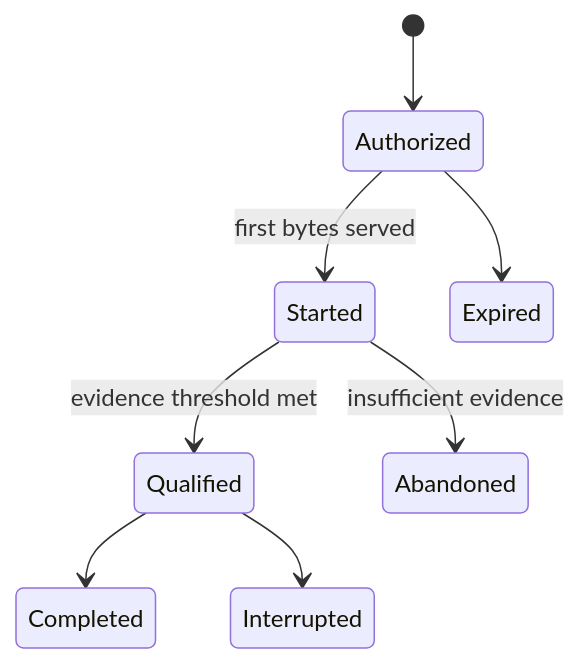
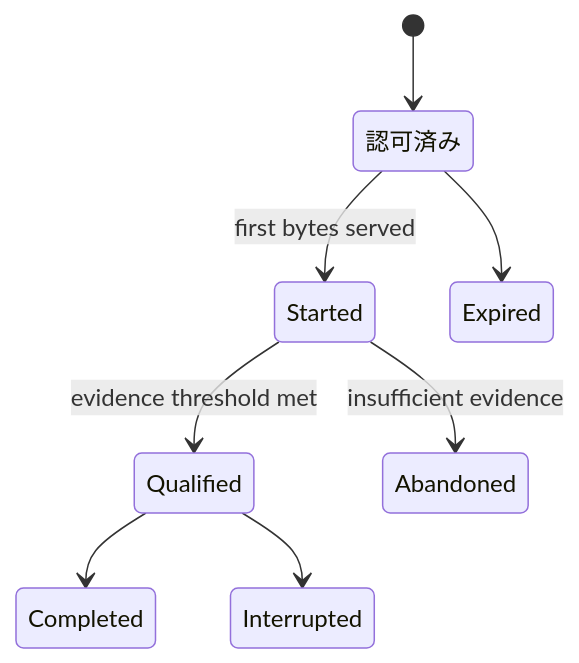
One commit to ShigeichiroYamasaki/creator-first-platform changed the third of 3 diagrams in docs/adr/ADR-0009-navidrome-streaming-gateway.md. Above: the diagram before and after it, drawn with Mermaid. The commit also changed other lines of this file and 72 other files, not shown here.

````diff
--- a/docs/adr/ADR-0009-navidrome-streaming-gateway.md
+++ b/docs/adr/ADR-0009-navidrome-streaming-gateway.md
@@ -254,10 +254,10 @@
 ```mermaid
 stateDiagram-v2
-    [*] --> Authorized
-    Authorized --> Started: first bytes served
+    [*] --> 認可済み
+    認可済み --> Started: first bytes served
     Started --> Qualified: evidence threshold met
     Started --> Abandoned: insufficient evidence
     Qualified --> Completed
     Qualified --> Interrupted
-    Authorized --> Expired
+    認可済み --> Expired
 ```
````
